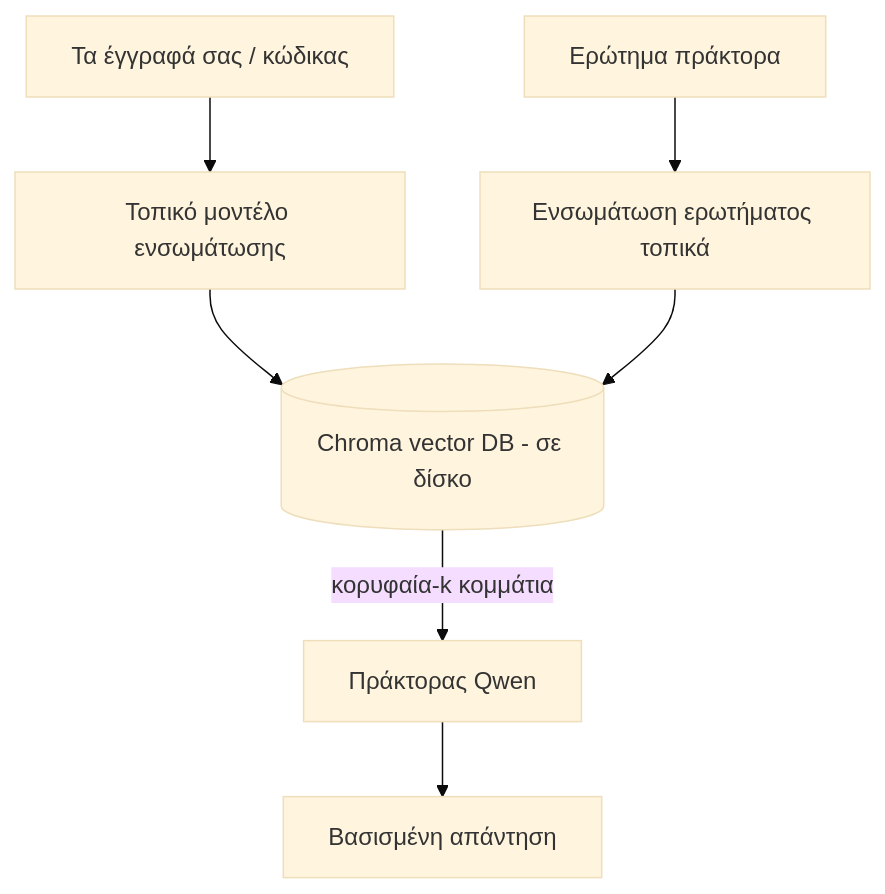
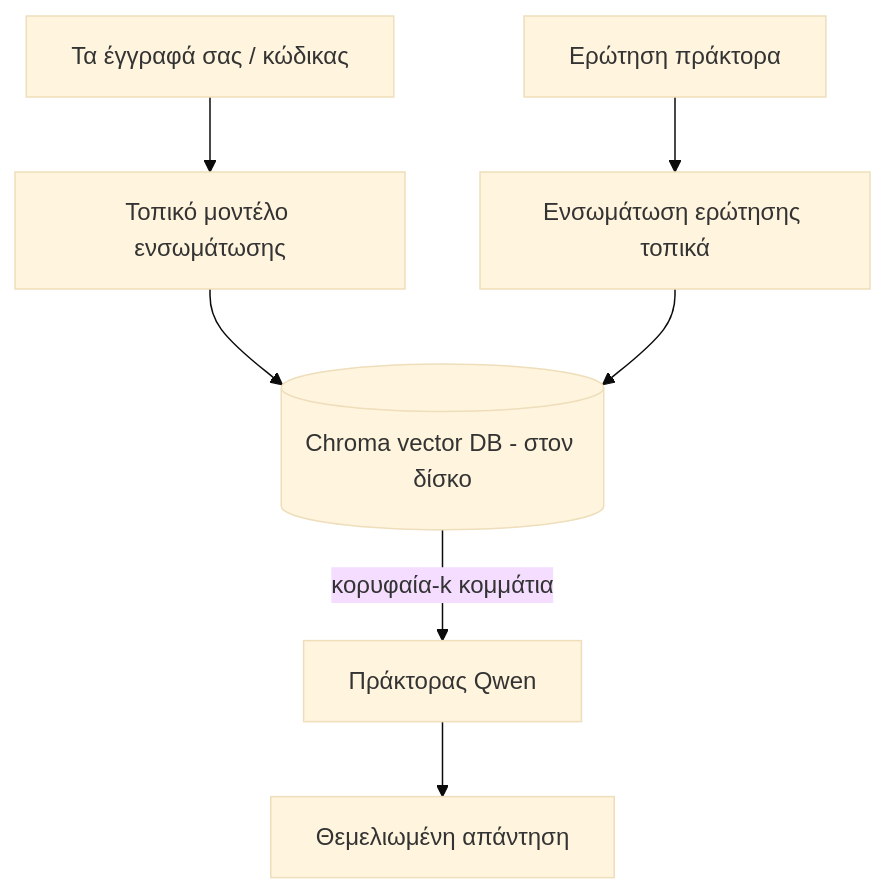
Before and after one commit to microsoft/ai-agents-for-beginners: the third of 4 diagrams in translations/el/17-creating-local-ai-agents/README.md, drawn with Mermaid (base theme). The commit also changed other lines of this file and 46 other files, not shown here.

````diff
--- a/translations/el/17-creating-local-ai-agents/README.md
+++ b/translations/el/17-creating-local-ai-agents/README.md
@@ -125,9 +125,9 @@
 ```mermaid
 flowchart TB
     D[Τα έγγραφά σας / κώδικας] --> E[Τοπικό μοντέλο ενσωμάτωσης]
-    E --> V[(Chroma vector DB - σε δίσκο)]
-    Q[Ερώτημα πράκτορα] --> QE[Ενσωμάτωση ερωτήματος τοπικά]
+    E --> V[(Chroma vector DB - στον δίσκο)]
+    Q[Ερώτηση πράκτορα] --> QE[Ενσωμάτωση ερώτησης τοπικά]
     QE --> V
     V -->|κορυφαία-k κομμάτια| A[Πράκτορας Qwen]
-    A --> Ans[Βασισμένη απάντηση]
+    A --> Ans[Θεμελιωμένη απάντηση]
 ```
````
